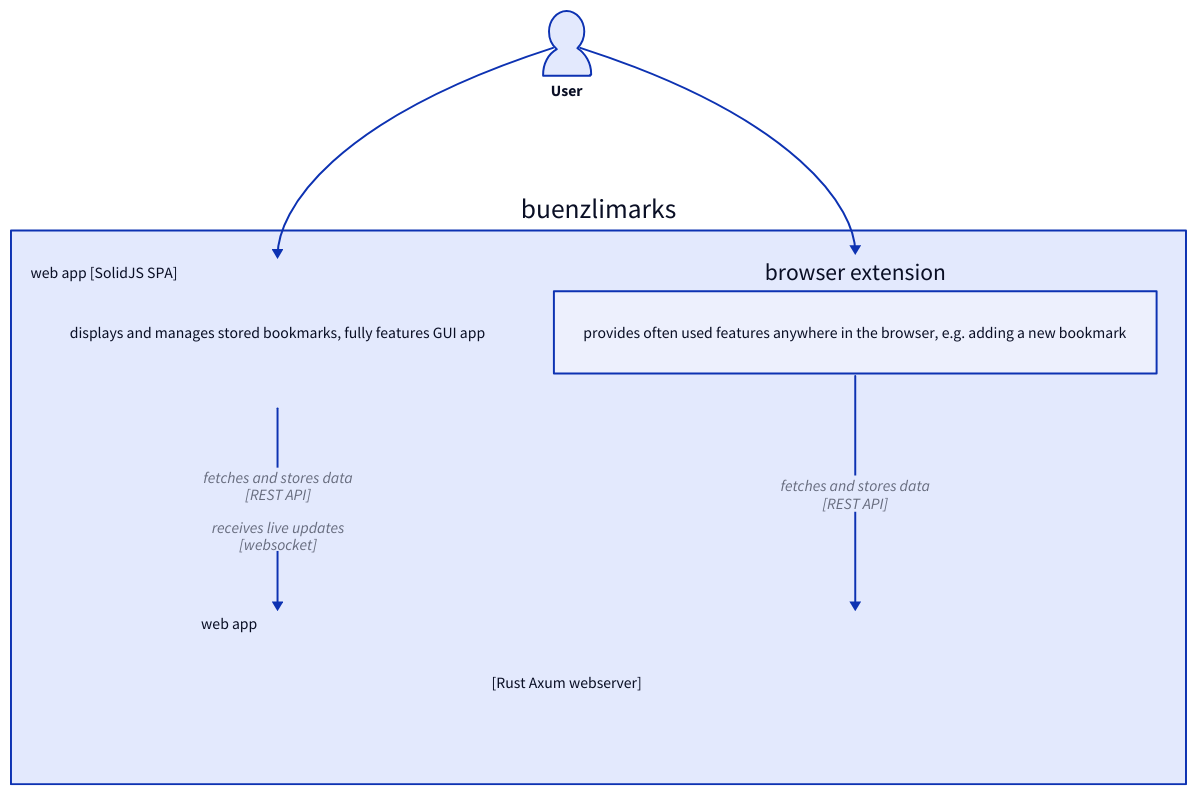
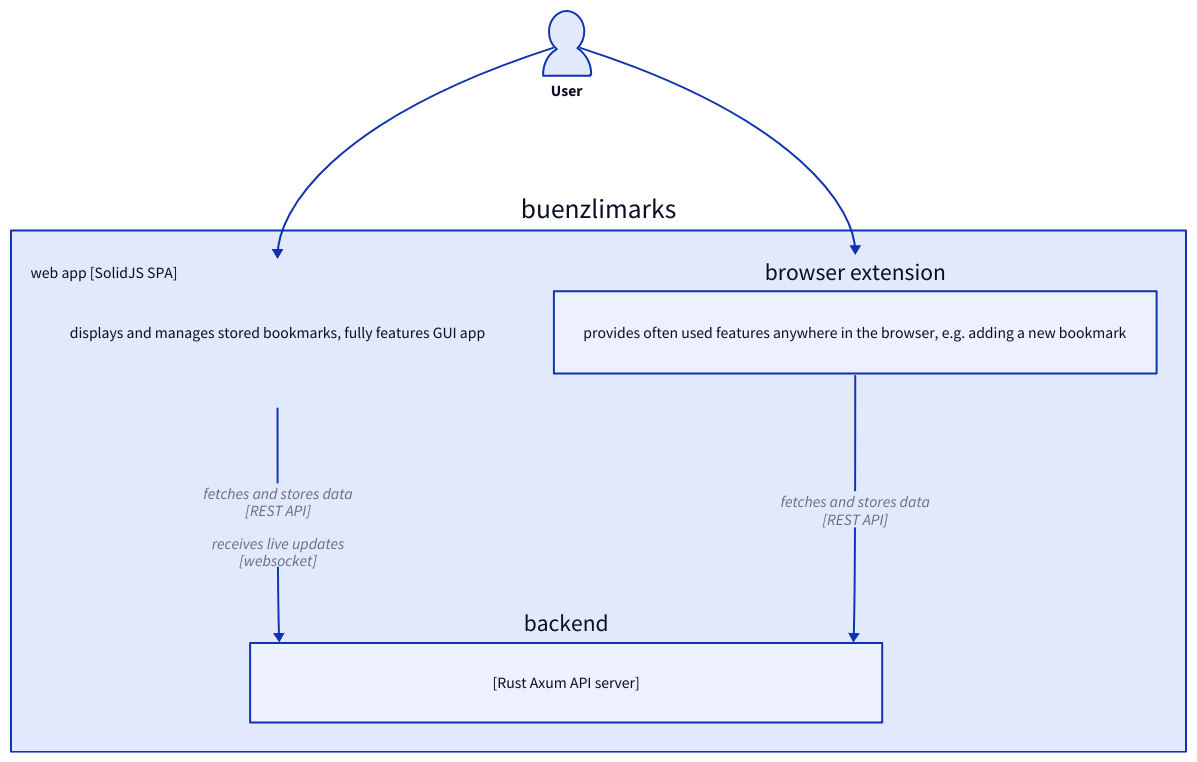
The diagram in docs/arc42/d2/container.d2 (senekor/buenzlimarks), drawn with D2 before and after one commit. The commit also changed 17 other files, not shown here.

Commit message:
improve & cleanup architecture documentation

```diff
--- a/docs/arc42/d2/container.d2
+++ b/docs/arc42/d2/container.d2
@@ -1,51 +1,48 @@
 User.shape: person
 
 User -> buenzlimarks.web app
 User -> buenzlimarks.browser extension
 
 buenzlimarks: {
   web app: {
     label: |md
       web app
       [SolidJS SPA]
     |
     description: {
       shape: text
       label: |md
         displays and manages
         stored bookmarks,
         fully features GUI app
       |
     }
   }
   browser extension.description: {
     shape: text
     label: |md
       provides often used features
       anywhere in the browser,
       e.g. adding a new bookmark
     |
   }
 
-  web app -> api server: |md
+  web app -> backend: |md
     fetches and stores data
     [REST API]
 
     receives live updates
     [websocket]
   |
-  browser extension -> api server: |md
+  browser extension -> backend: |md
     fetches and stores data
     [REST API]
   |
 
-  api server: {
-    label: |md
-      web app
-    |
+  backend: {
     description: {
       shape: text
-      label: "[Rust Axum webserver]"
+      label: "[Rust Axum API server]"
     }
   }
 }
```
